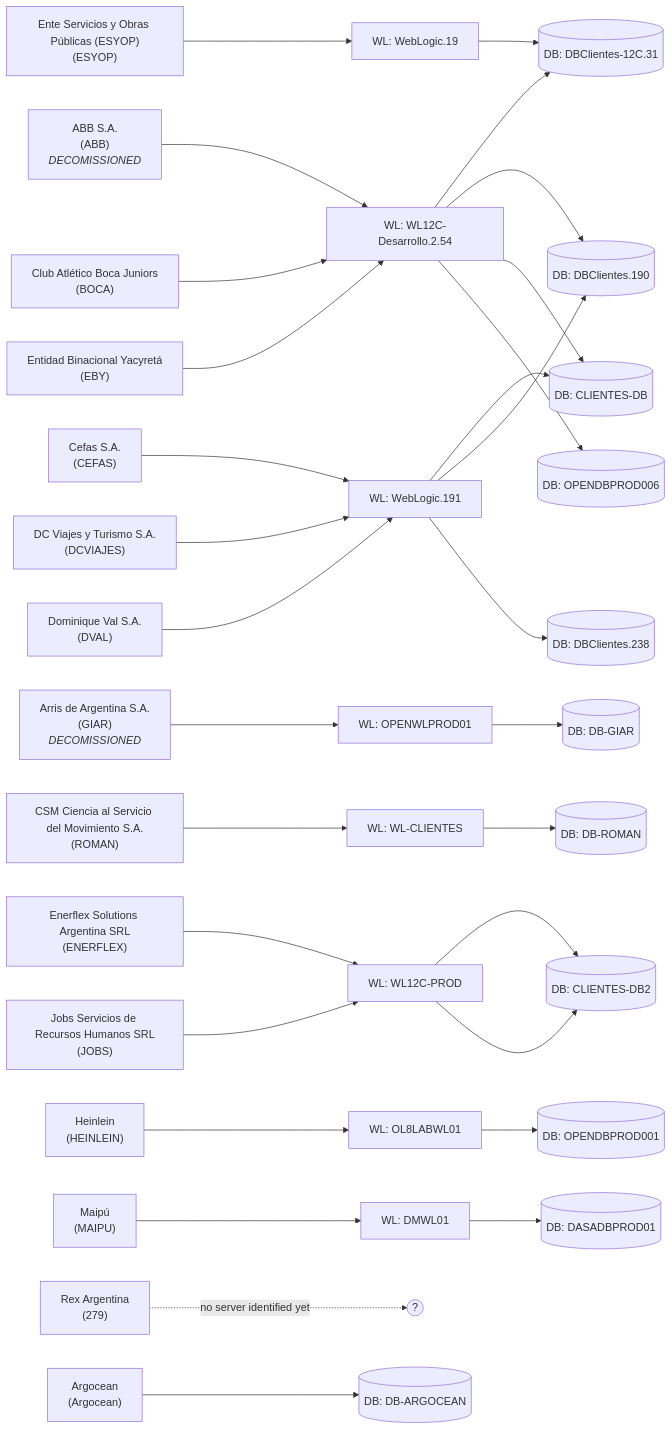
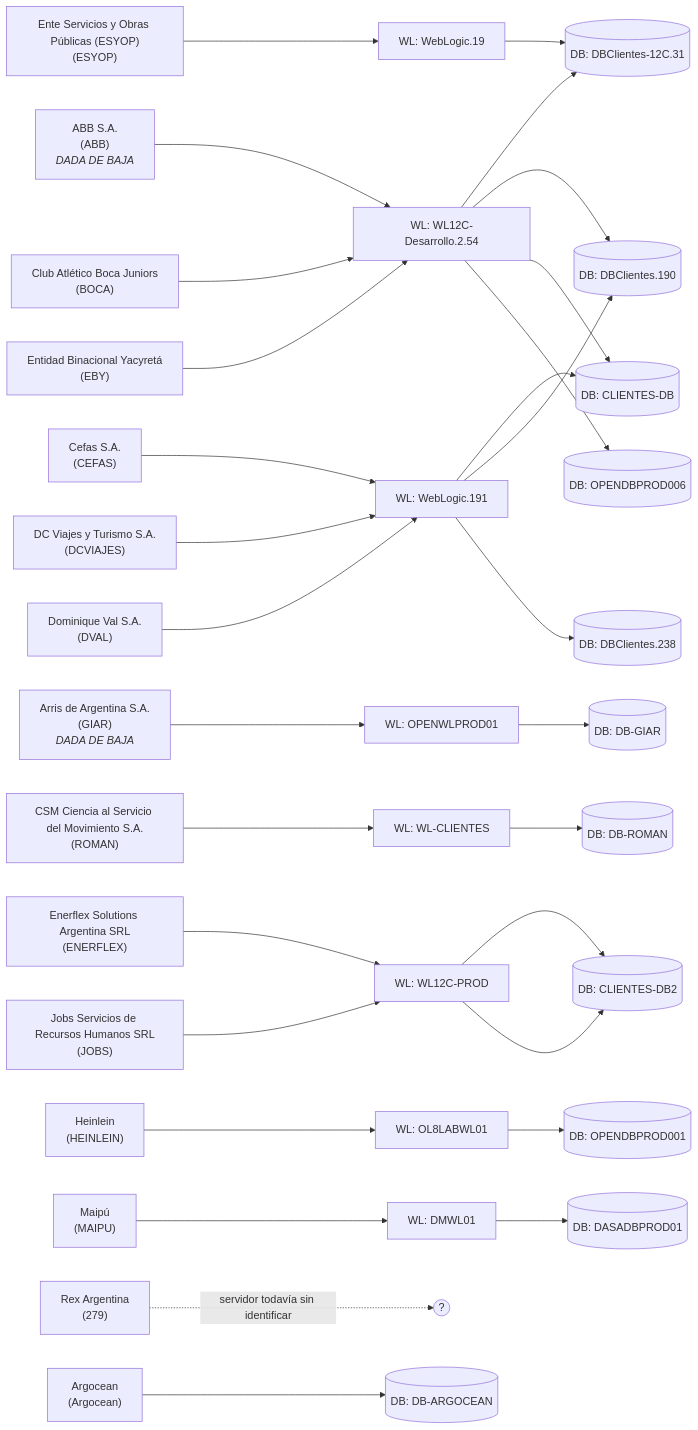
The first of 2 diagrams in infra/topology.md (gianfranco-s/smartsouth-opensolutions), drawn with Mermaid before and after one commit. The commit also changed other lines of this file and 5 other files, not shown here.

````diff
--- a/infra/topology.md
+++ b/infra/topology.md
@@ -21,66 +11,66 @@
 ```mermaid
 flowchart LR
-  n_ABB["ABB S.A.<br/>(ABB)<br/><i>DECOMISSIONED</i>"]
+  n_ABB["ABB S.A.<br/>(ABB)<br/><i>DADA DE BAJA</i>"]
   n_WL12C_Desarrollo_2_54["WL: WL12C-Desarrollo.2.54"]
   n_ABB --> n_WL12C_Desarrollo_2_54
   n_DBClientes_12C_31[("DB: DBClientes-12C.31")]
   n_WL12C_Desarrollo_2_54 --> n_DBClientes_12C_31
   n_DBClientes_190[("DB: DBClientes.190")]
   n_WL12C_Desarrollo_2_54 --> n_DBClientes_190
-  n_GIAR["Arris de Argentina S.A.<br/>(GIAR)<br/><i>DECOMISSIONED</i>"]
+  n_GIAR["Arris de Argentina S.A.<br/>(GIAR)<br/><i>DADA DE BAJA</i>"]
   n_OPENWLPROD01["WL: OPENWLPROD01"]
   n_GIAR --> n_OPENWLPROD01
   n_DB_GIAR[("DB: DB-GIAR")]
   n_OPENWLPROD01 --> n_DB_GIAR
   n_CEFAS["Cefas S.A.<br/>(CEFAS)"]
   n_WebLogic_191["WL: WebLogic.191"]
   n_CEFAS --> n_WebLogic_191
   n_CLIENTES_DB[("DB: CLIENTES-DB")]
   n_WebLogic_191 --> n_CLIENTES_DB
   n_BOCA["Club Atlético Boca Juniors<br/>(BOCA)"]
   n_BOCA --> n_WL12C_Desarrollo_2_54
   n_WL12C_Desarrollo_2_54 --> n_CLIENTES_DB
   n_ROMAN["CSM Ciencia al Servicio del Movimiento S.A.<br/>(ROMAN)"]
   n_WL_CLIENTES["WL: WL-CLIENTES"]
   n_ROMAN --> n_WL_CLIENTES
   n_DB_ROMAN[("DB: DB-ROMAN")]
   n_WL_CLIENTES --> n_DB_ROMAN
   n_DCVIAJES["DC Viajes y Turismo S.A.<br/>(DCVIAJES)"]
   n_DCVIAJES --> n_WebLogic_191
   n_WebLogic_191 --> n_DBClientes_190
   n_DVAL["Dominique Val S.A.<br/>(DVAL)"]
   n_DVAL --> n_WebLogic_191
   n_DBClientes_238[("DB: DBClientes.238")]
   n_WebLogic_191 --> n_DBClientes_238
   n_ENERFLEX["Enerflex Solutions Argentina SRL<br/>(ENERFLEX)"]
   n_WL12C_PROD["WL: WL12C-PROD"]
   n_ENERFLEX --> n_WL12C_PROD
   n_CLIENTES_DB2[("DB: CLIENTES-DB2")]
   n_WL12C_PROD --> n_CLIENTES_DB2
   n_ESYOP["Ente Servicios y Obras Públicas (ESYOP)<br/>(ESYOP)"]
   n_WebLogic_19["WL: WebLogic.19"]
   n_ESYOP --> n_WebLogic_19
   n_WebLogic_19 --> n_DBClientes_12C_31
   n_EBY["Entidad Binacional Yacyretá<br/>(EBY)"]
   n_EBY --> n_WL12C_Desarrollo_2_54
   n_OPENDBPROD006[("DB: OPENDBPROD006")]
   n_WL12C_Desarrollo_2_54 --> n_OPENDBPROD006
   n_JOBS["Jobs Servicios de Recursos Humanos SRL<br/>(JOBS)"]
   n_JOBS --> n_WL12C_PROD
   n_WL12C_PROD --> n_CLIENTES_DB2
   n_HEINLEIN["Heinlein<br/>(HEINLEIN)"]
   n_OL8LABWL01["WL: OL8LABWL01"]
   n_HEINLEIN --> n_OL8LABWL01
   n_OPENDBPROD001[("DB: OPENDBPROD001")]
   n_OL8LABWL01 --> n_OPENDBPROD001
   n_MAIPU["Maipú<br/>(MAIPU)"]
   n_DMWL01["WL: DMWL01"]
   n_MAIPU --> n_DMWL01
   n_DASADBPROD01[("DB: DASADBPROD01")]
   n_DMWL01 --> n_DASADBPROD01
   n_279["Rex Argentina<br/>(279)"]
-  n_279 -.->|"no server identified yet"| unknown_n_279((?))
+  n_279 -.->|"servidor todavía sin identificar"| unknown_n_279((?))
   n_Argocean["Argocean<br/>(Argocean)"]
   n_DB_ARGOCEAN[("DB: DB-ARGOCEAN")]
   n_Argocean --> n_DB_ARGOCEAN
 ```
````
